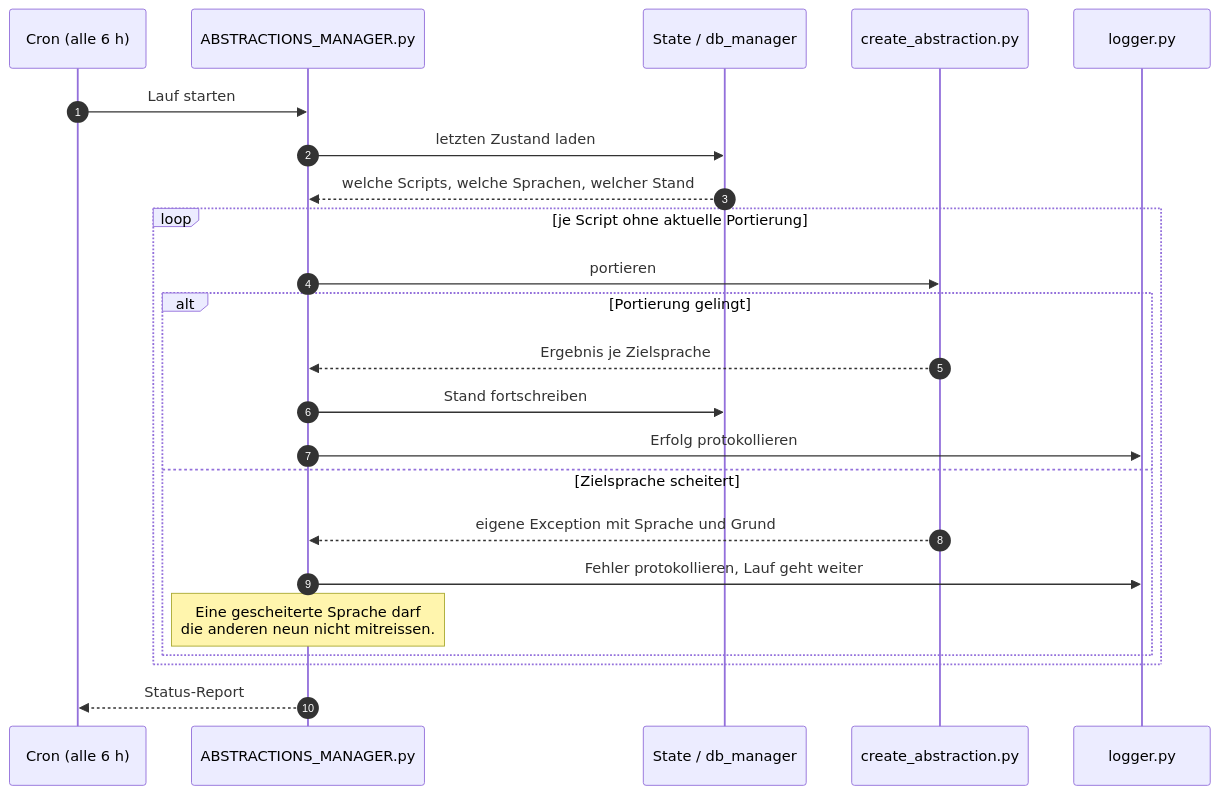
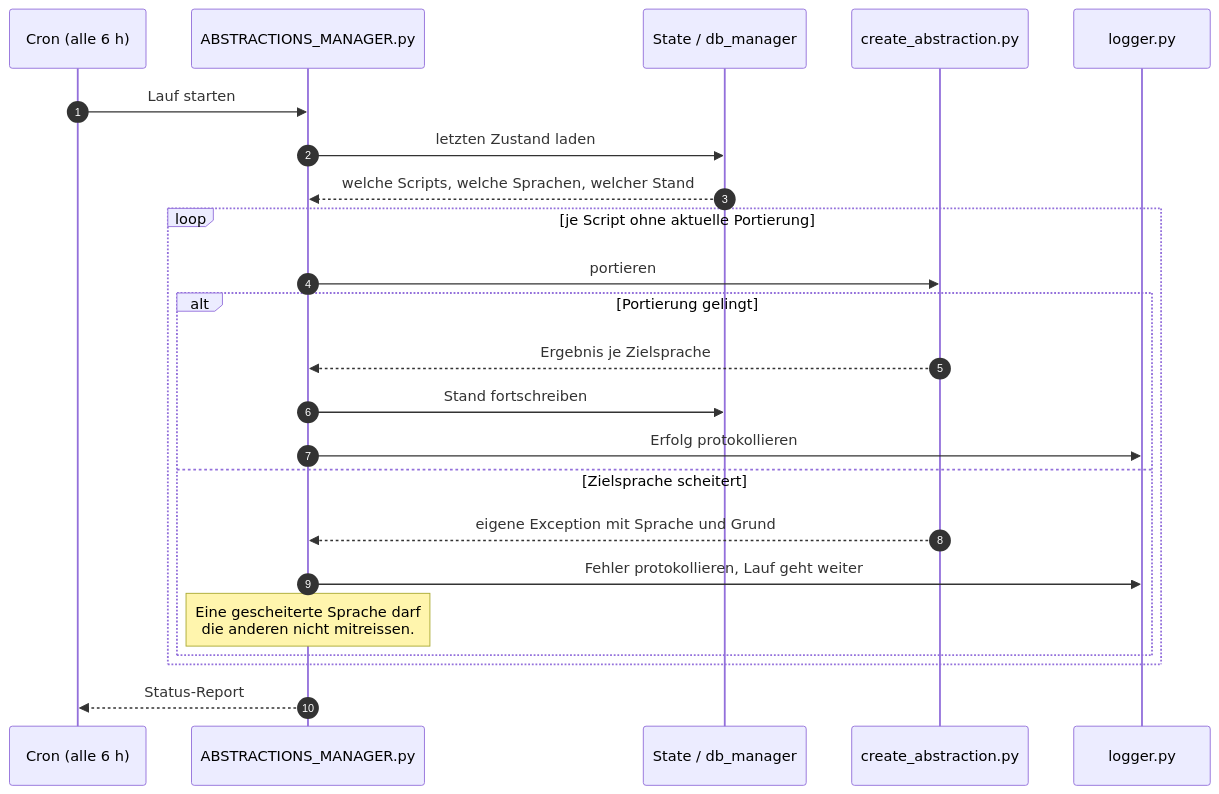
Before and after one commit to KikiKari/Projects: the first of 4 diagrams in README.md, drawn with Mermaid. The commit also changed other lines of this file, not shown here.

````diff
--- a/README.md
+++ b/README.md
@@ -75,26 +75,26 @@
 ```mermaid
 sequenceDiagram
     autonumber
     participant C as Cron (alle 6 h)
     participant M as ABSTRACTIONS_MANAGER.py
     participant S as State / db_manager
     participant A as create_abstraction.py
     participant L as logger.py
 
     C->>M: Lauf starten
     M->>S: letzten Zustand laden
     S-->>M: welche Scripts, welche Sprachen, welcher Stand
     loop je Script ohne aktuelle Portierung
         M->>A: portieren
         alt Portierung gelingt
             A-->>M: Ergebnis je Zielsprache
             M->>S: Stand fortschreiben
             M->>L: Erfolg protokollieren
         else Zielsprache scheitert
             A-->>M: eigene Exception mit Sprache und Grund
             M->>L: Fehler protokollieren, Lauf geht weiter
-            Note over M: Eine gescheiterte Sprache darf<br/>die anderen neun nicht mitreissen.
+            Note over M: Eine gescheiterte Sprache darf<br/>die anderen nicht mitreissen.
         end
     end
     M-->>C: Status-Report
 ```
````
